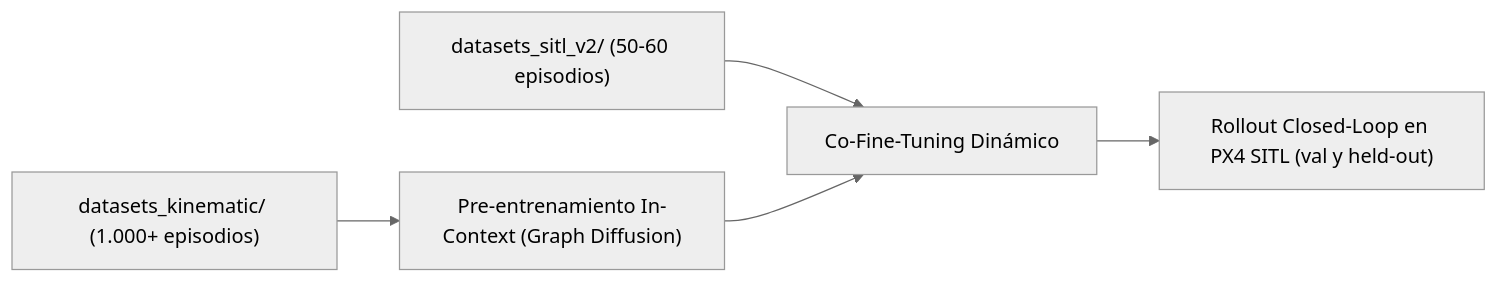
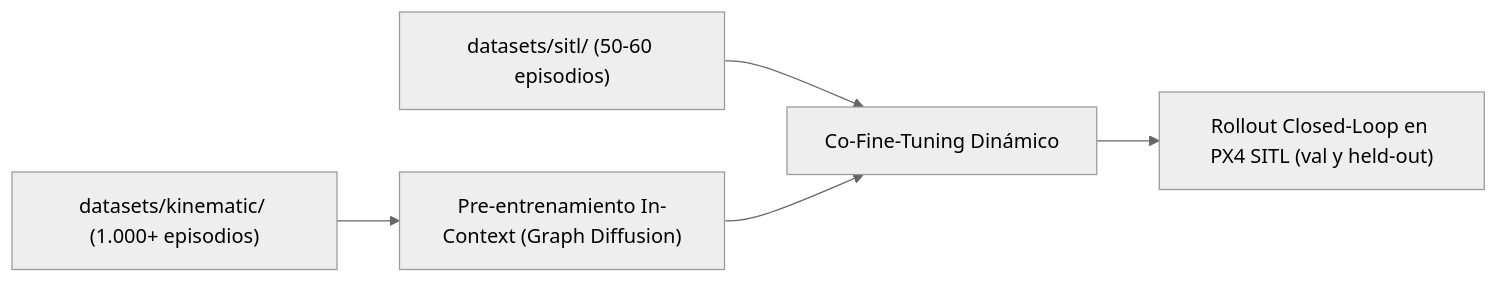
One commit to gabrielquiroga/dataset-gen-ip changed the diagram in docs/PLAN_IMPLEMENTACION.md. Above: the diagram before and after it, drawn with Mermaid (neutral theme). The commit also changed other lines of this file and 9 other files, not shown here.

````diff
--- a/docs/PLAN_IMPLEMENTACION.md
+++ b/docs/PLAN_IMPLEMENTACION.md
@@ -121,7 +121,7 @@
 ```mermaid
 flowchart LR
-    D_kin["datasets_kinematic/ (1.000+ episodios)"] --> Pretrain["Pre-entrenamiento In-Context (Graph Diffusion)"]
-    D_sitl["datasets_sitl_v2/ (50-60 episodios)"] --> CoFineTune["Co-Fine-Tuning Dinámico"]
+    D_kin["datasets/kinematic/ (1.000+ episodios)"] --> Pretrain["Pre-entrenamiento In-Context (Graph Diffusion)"]
+    D_sitl["datasets/sitl/ (50-60 episodios)"] --> CoFineTune["Co-Fine-Tuning Dinámico"]
     Pretrain --> CoFineTune
     CoFineTune --> ClosedLoop["Rollout Closed-Loop en PX4 SITL (val y held-out)"]
 ```
````
